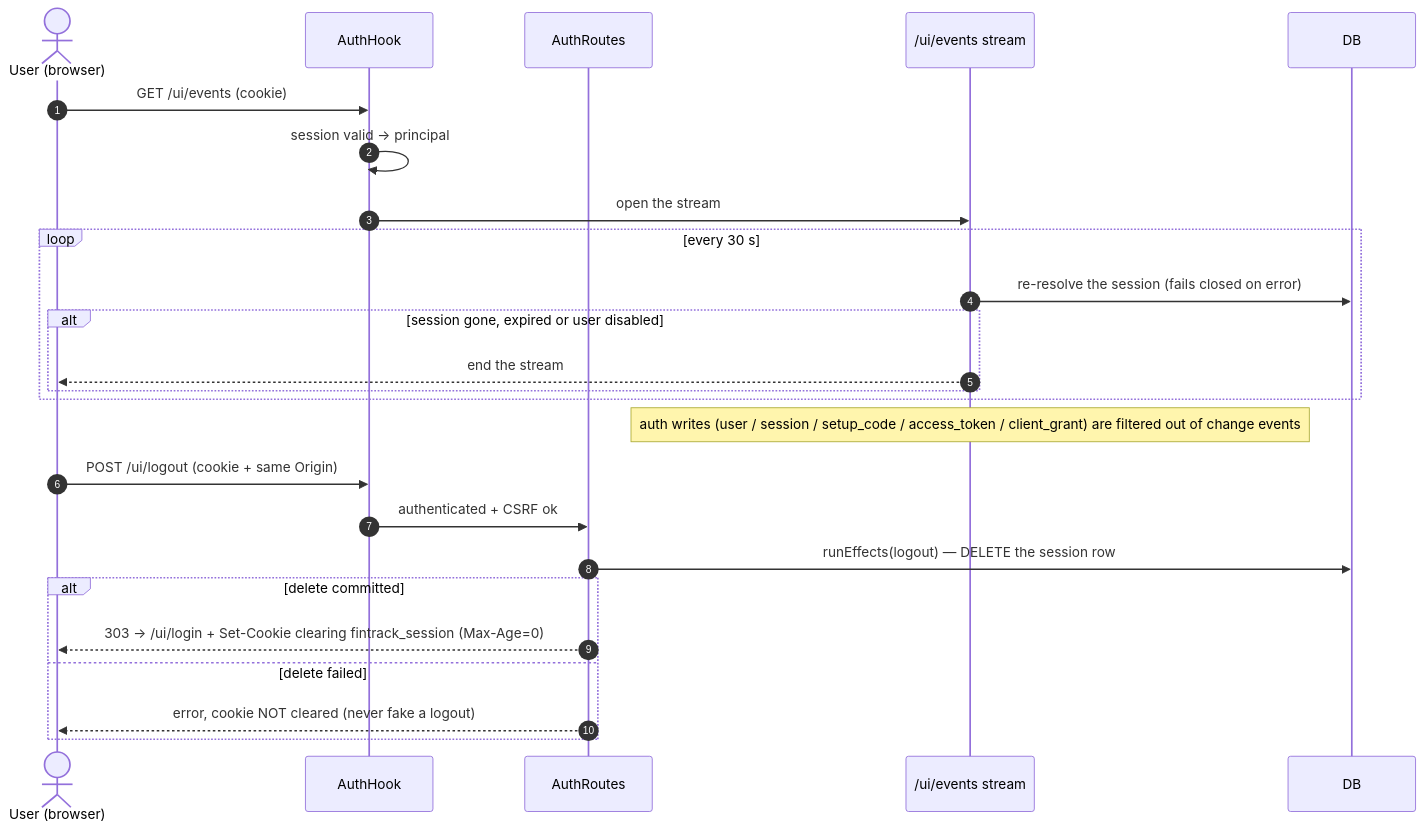
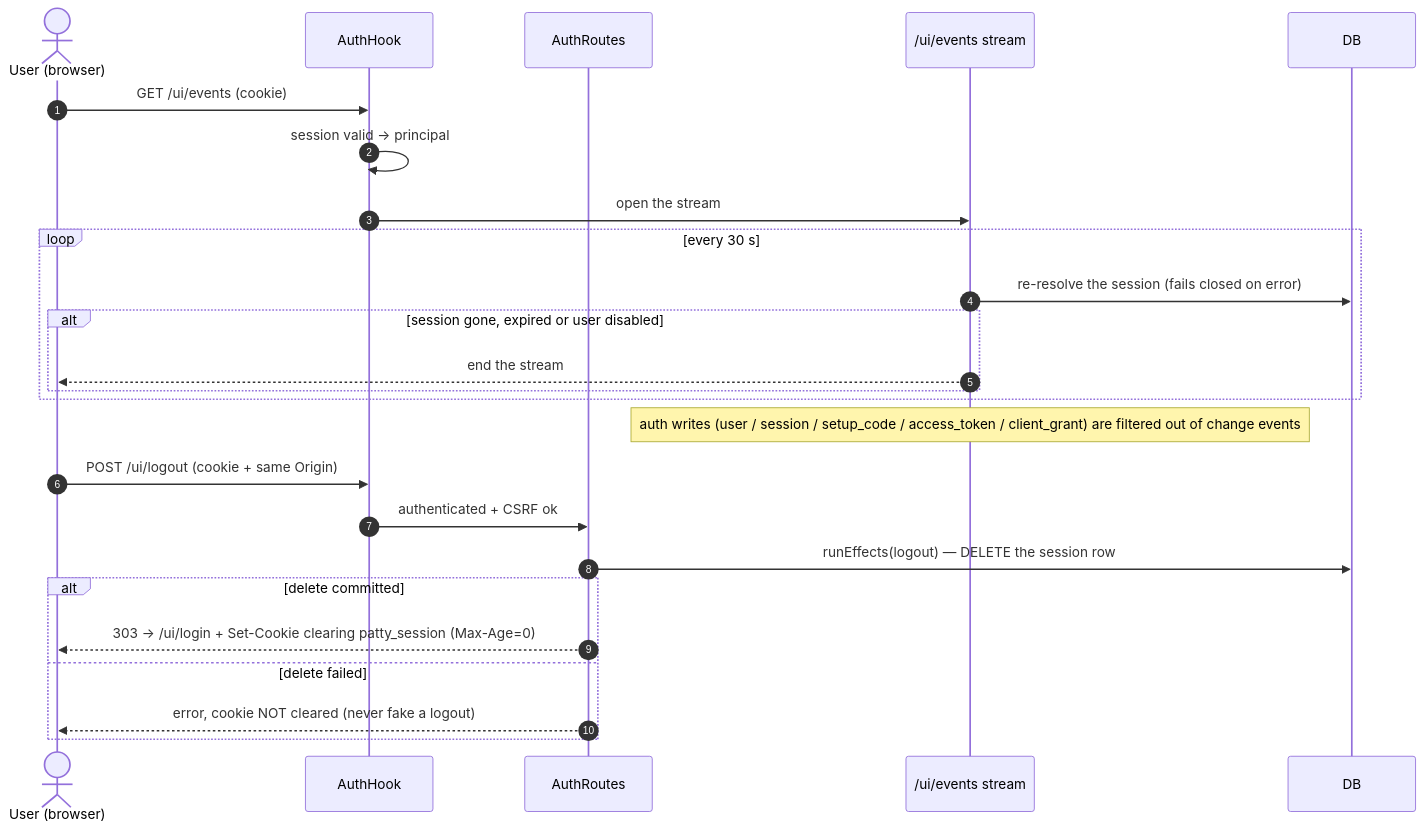
Before and after one commit to RafaelFCarneiro/patty: the ninth of 17 diagrams in docs/auth-flows.md, drawn with Mermaid. The commit also changed other lines of this file and 255 other files, not shown here.

````diff
--- a/docs/auth-flows.md
+++ b/docs/auth-flows.md
@@ -327,29 +327,29 @@
 ```mermaid
 sequenceDiagram
     autonumber
     actor U as User (browser)
     participant Hook as AuthHook
     participant Routes as AuthRoutes
     participant SSE as /ui/events stream
     participant DB
 
     U->>Hook: GET /ui/events (cookie)
     Hook->>Hook: session valid → principal
     Hook->>SSE: open the stream
     loop every 30 s
         SSE->>DB: re-resolve the session (fails closed on error)
         alt session gone, expired or user disabled
             SSE-->>U: end the stream
         end
     end
     Note over SSE: auth writes (user / session / setup_code / access_token / client_grant) are filtered out of change events
 
     U->>Hook: POST /ui/logout (cookie + same Origin)
     Hook->>Routes: authenticated + CSRF ok
     Routes->>DB: runEffects(logout) — DELETE the session row
     alt delete committed
-        Routes-->>U: 303 → /ui/login + Set-Cookie clearing fintrack_session (Max-Age=0)
+        Routes-->>U: 303 → /ui/login + Set-Cookie clearing patty_session (Max-Age=0)
     else delete failed
         Routes-->>U: error, cookie NOT cleared (never fake a logout)
     end
 ```
````
